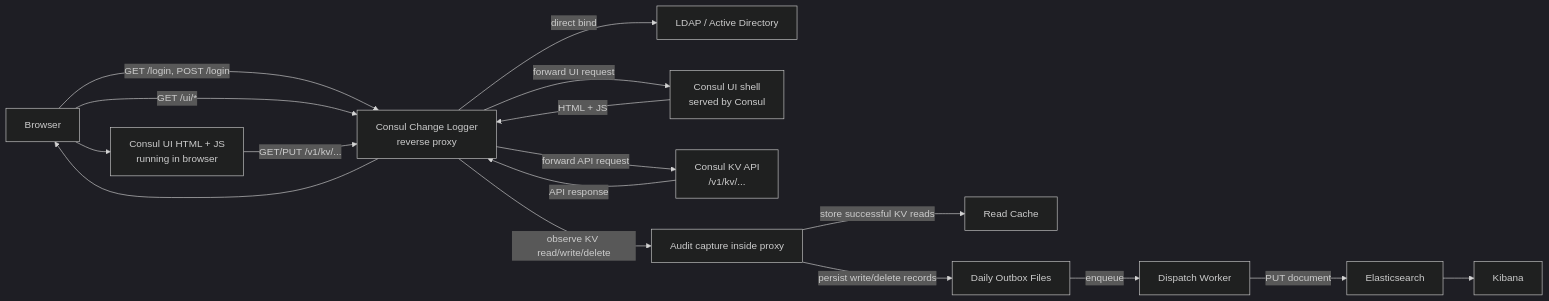
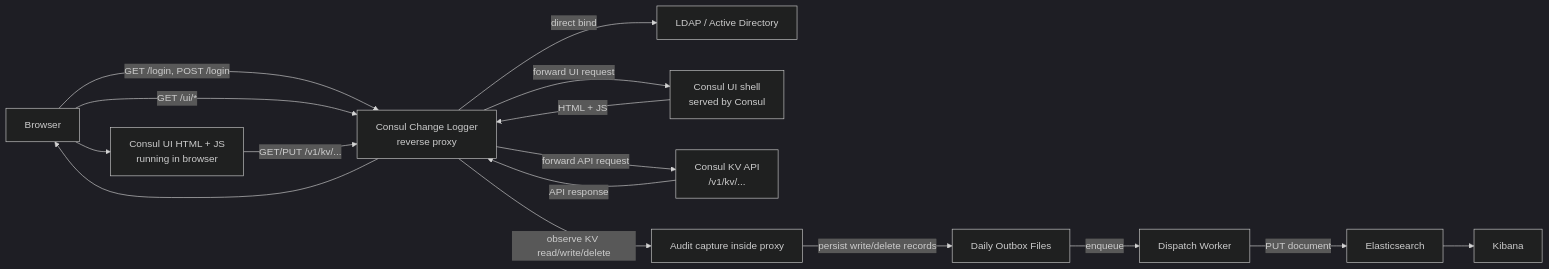
One commit to sinanakyazici/ConsulChangeLogger changed the diagram in README.md. Above: the diagram before and after it, drawn with Mermaid (dark theme). The commit also changed other lines of this file and 9 other files, not shown here.

Commit message:
Remove read cache from audit pipeline

````diff
--- a/README.md
+++ b/README.md
@@ -30,32 +29,30 @@
 ```mermaid
 flowchart LR
     browser["Browser"]
     ui["Consul UI HTML + JS<br/>running in browser"]
     proxy["Consul Change Logger<br/>reverse proxy"]
     ldap["LDAP / Active Directory"]
     consulUi["Consul UI shell<br/>served by Consul"]
     consulApi["Consul KV API<br/>/v1/kv/..."]
     audit["Audit capture inside proxy"]
-    cache["Read Cache"]
     outbox["Daily Outbox Files"]
     worker["Dispatch Worker"]
     elastic["Elasticsearch"]
     kibana["Kibana"]
 
     browser -->|GET /login, POST /login| proxy
     proxy -->|direct bind| ldap
     browser -->|GET /ui/*| proxy
     proxy -->|forward UI request| consulUi
     consulUi -->|HTML + JS| proxy
     proxy --> browser
     browser --> ui
     ui -->|GET/PUT /v1/kv/...| proxy
     proxy -->|forward API request| consulApi
     consulApi -->|API response| proxy
     proxy -->|observe KV read/write/delete| audit
-    audit -->|store successful KV reads| cache
     audit -->|persist write/delete records| outbox
     outbox -->|enqueue| worker
     worker -->|PUT document| elastic
     elastic --> kibana
 ```
````
